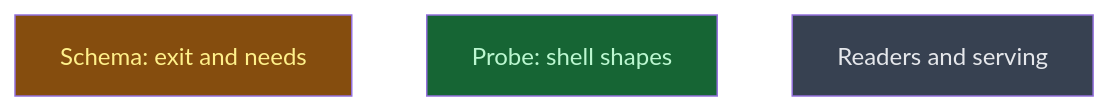
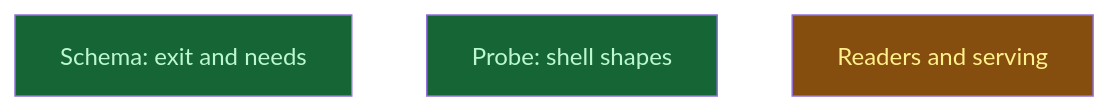
One commit to CrackingShells/Candler changed the diagram in __roadmap__/run_context/README.md. Above: the diagram before and after it, drawn with Mermaid. The commit also changed other lines of this file and 1 other file, not shown here.

Commit message:
rdm(evaluation): close the schema leaf and open level 2
The schema leaf is merged, so the readers level starts: both trace
readers, the serving in assemble/materialise and the Python helper
run in parallel, each on its own worktree.

````diff
--- a/__roadmap__/run_context/README.md
+++ b/__roadmap__/run_context/README.md
@@ -22,11 +22,11 @@
 ```mermaid
 graph TD
-    schema_exit_needs[Schema: exit and needs]:::inprogress
+    schema_exit_needs[Schema: exit and needs]:::done
     probe_shell_shapes[Probe: shell shapes]:::done
-    readers[Readers and serving]:::planned
+    readers[Readers and serving]:::inprogress
     classDef done       fill:#166534,color:#bbf7d0
     classDef inprogress fill:#854d0e,color:#fef08a
     classDef planned    fill:#374151,color:#e5e7eb
     classDef amendment  fill:#1e3a5f,color:#bfdbfe
     classDef blocked    fill:#7f1d1d,color:#fecaca
 ```
````
